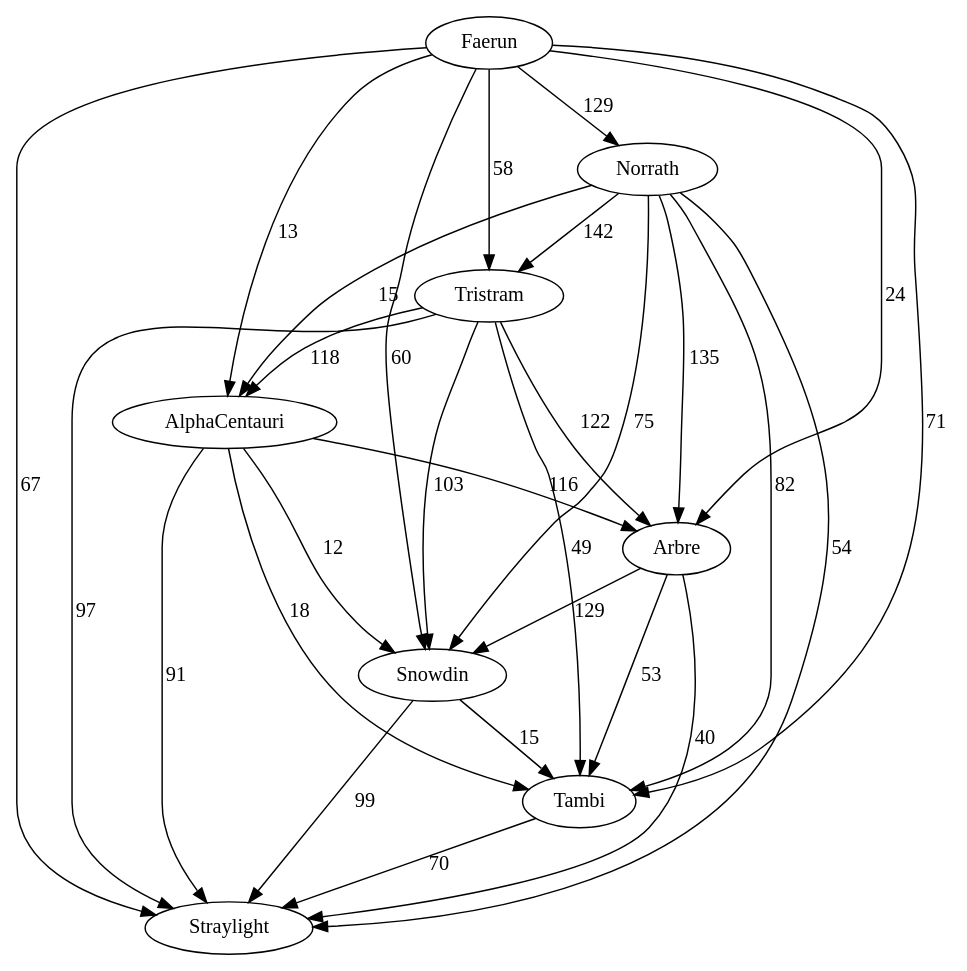
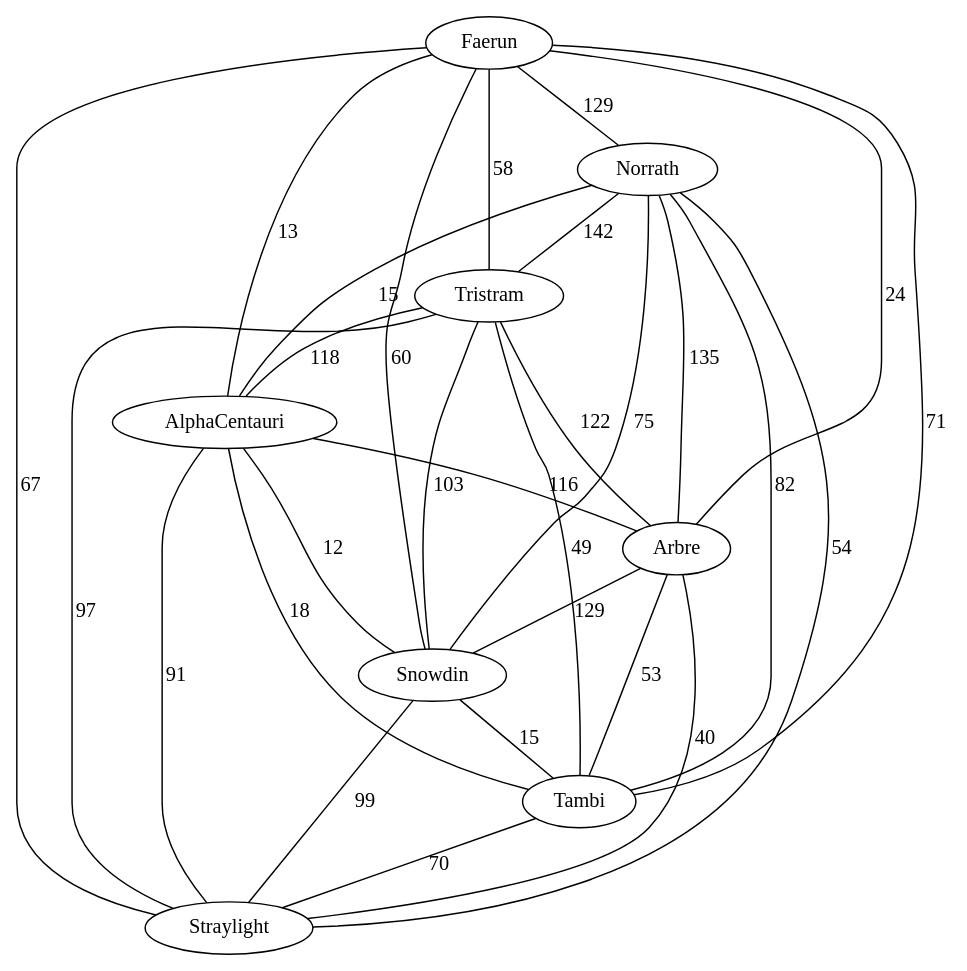
Before and after one commit to romses/AoC2015: the diagram in Day09/input.dot, drawn with Graphviz. The commit also changed 1 other file, not shown here.

Commit message:
undirected graph

```diff
--- a/Day09/input.dot
+++ b/Day09/input.dot
@@ -1,30 +1,30 @@
-digraph g {
-Faerun -> Norrath [label=129]
-Faerun -> Tristram [label=58]
-Faerun -> AlphaCentauri [label=13]
-Faerun -> Arbre [label=24]
-Faerun -> Snowdin [label=60]
-Faerun -> Tambi [label=71]
-Faerun -> Straylight [label=67]
-Norrath -> Tristram [label=142]
-Norrath -> AlphaCentauri [label=15]
-Norrath -> Arbre [label=135]
-Norrath -> Snowdin [label=75]
-Norrath -> Tambi [label=82]
-Norrath -> Straylight [label=54]
-Tristram -> AlphaCentauri [label=118]
-Tristram -> Arbre [label=122]
-Tristram -> Snowdin [label=103]
-Tristram -> Tambi [label=49]
-Tristram -> Straylight [label=97]
-AlphaCentauri -> Arbre [label=116]
-AlphaCentauri -> Snowdin [label=12]
-AlphaCentauri -> Tambi [label=18]
-AlphaCentauri -> Straylight [label=91]
-Arbre -> Snowdin [label=129]
-Arbre -> Tambi [label=53]
-Arbre -> Straylight [label=40]
-Snowdin -> Tambi [label=15]
-Snowdin -> Straylight [label=99]
-Tambi -> Straylight [label=70]
+graph g {
+Faerun -- Norrath [label=129]
+Faerun -- Tristram [label=58]
+Faerun -- AlphaCentauri [label=13]
+Faerun -- Arbre [label=24]
+Faerun -- Snowdin [label=60]
+Faerun -- Tambi [label=71]
+Faerun -- Straylight [label=67]
+Norrath -- Tristram [label=142]
+Norrath -- AlphaCentauri [label=15]
+Norrath -- Arbre [label=135]
+Norrath -- Snowdin [label=75]
+Norrath -- Tambi [label=82]
+Norrath -- Straylight [label=54]
+Tristram -- AlphaCentauri [label=118]
+Tristram -- Arbre [label=122]
+Tristram -- Snowdin [label=103]
+Tristram -- Tambi [label=49]
+Tristram -- Straylight [label=97]
+AlphaCentauri -- Arbre [label=116]
+AlphaCentauri -- Snowdin [label=12]
+AlphaCentauri -- Tambi [label=18]
+AlphaCentauri -- Straylight [label=91]
+Arbre -- Snowdin [label=129]
+Arbre -- Tambi [label=53]
+Arbre -- Straylight [label=40]
+Snowdin -- Tambi [label=15]
+Snowdin -- Straylight [label=99]
+Tambi -- Straylight [label=70]
 }
```
